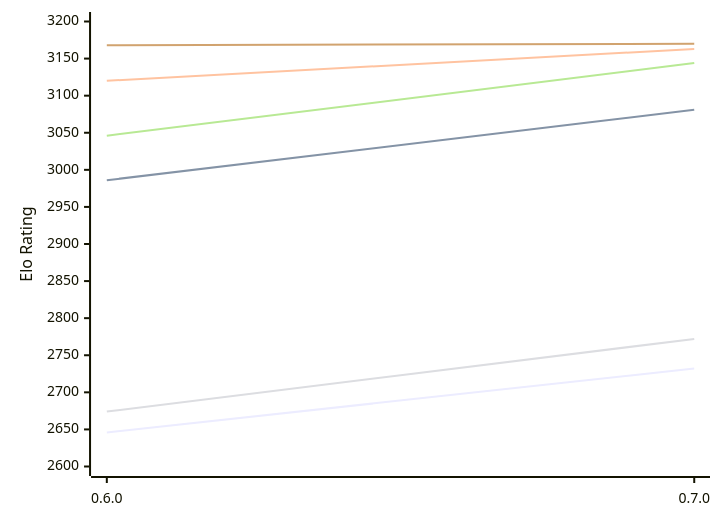
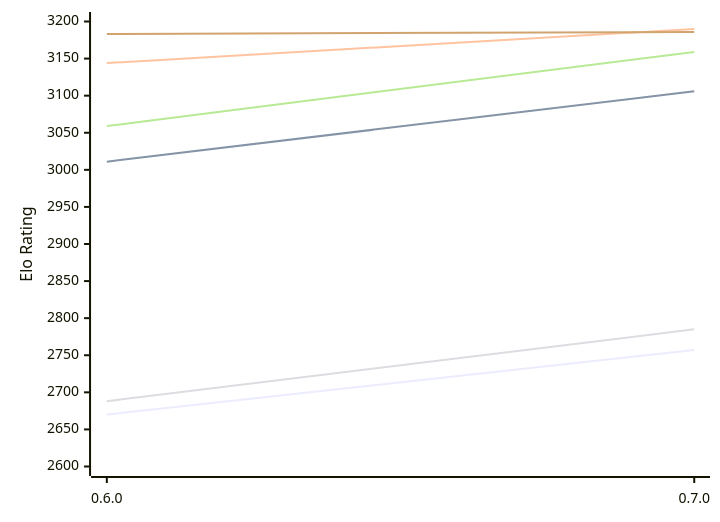
The first of 2 diagrams in engines/AteNika.md (computer-chess-index/cci), drawn with Mermaid before and after one commit. The commit also changed other lines of this file, not shown here.

Commit message:
Update CCI Ratings (ELO VLTC) - 2026-10-24

````diff
--- a/engines/AteNika.md
+++ b/engines/AteNika.md
@@ -52,12 +52,12 @@
 ```mermaid
 %%{init: {"theme":"base","themeVariables":{"seriesColors:['#a3a3a3','#222221','#faa371']}}}%%
 xychart-beta
   x-axis ["0.6.0", "0.7.0"]
   y-axis "Elo Rating" 2600 --> 3200
-  line "E1: STC (8.0+0.08s)" [2646, 2732]
-  line "E1: LTC (60.0+0.60s)" [2986, 3081]
-  line "E1: VLTC (2m24s+1.12s)" [3120, 3163]
-  line "P1: STC (8.0+0.08s)" [2674, 2772]
-  line "P1: LTC (60.0+0.60s)" [3046, 3144]
-  line "P1: VLTC (2m24s+1.12s)" [3168, 3170]
+  line "E1: STC (8.0+0.08s)" [2670, 2757]
+  line "E1: LTC (60.0+0.60s)" [3011, 3106]
+  line "E1: VLTC (2m24s+1.12s)" [3144, 3190]
+  line "P1: STC (8.0+0.08s)" [2688, 2785]
+  line "P1: LTC (60.0+0.60s)" [3059, 3159]
+  line "P1: VLTC (2m24s+1.12s)" [3183, 3186]
 ```
````
